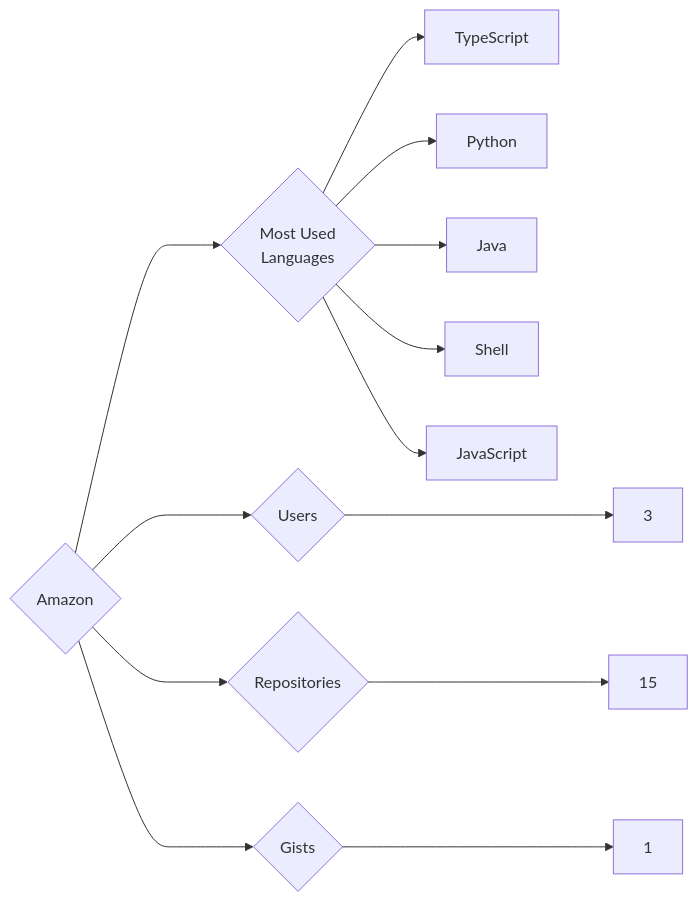
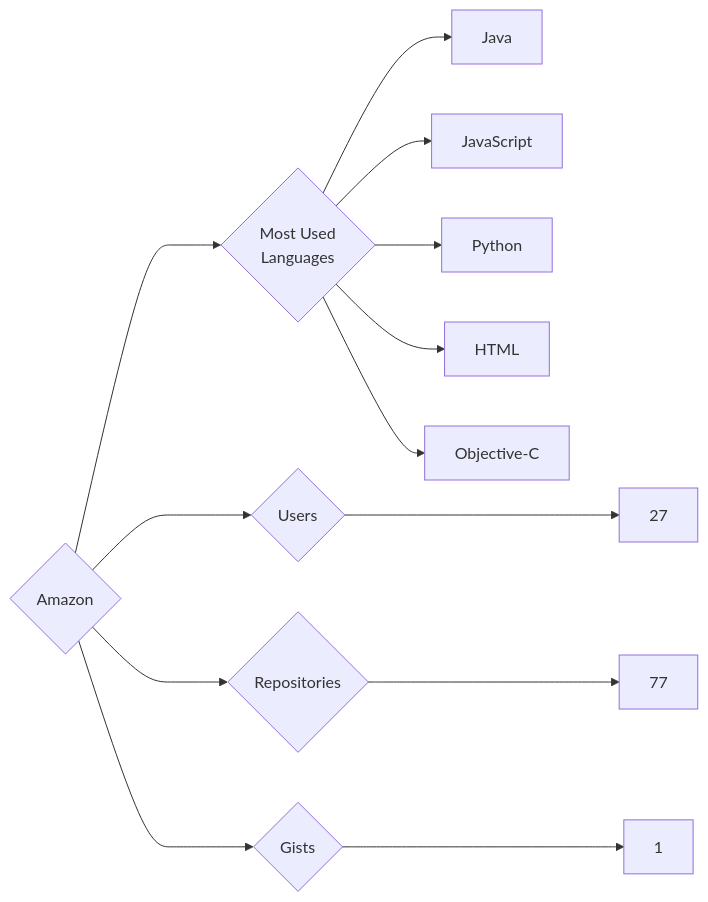
One commit to trickest/insiders changed the diagram in targets/Amazon/README.md. Above: the diagram before and after it, drawn with Mermaid. The commit also changed 748 other files, not shown here.

````diff
--- a/targets/Amazon/README.md
+++ b/targets/Amazon/README.md
@@ -3,13 +3,13 @@
 ```mermaid
 graph LR
 COMPANY_NAME{Amazon}
-COMPANY_NAME ---> U{Users} ---> UN[3]
-COMPANY_NAME ---> R{Repositories} ---> RN[15]
+COMPANY_NAME ---> U{Users} ---> UN[27]
+COMPANY_NAME ---> R{Repositories} ---> RN[77]
 COMPANY_NAME ---> G{Gists} ---> GN[1]
 COMPANY_NAME ---> ML{Most Used<br>Languages}
-ML --> TypeScript[TypeScript]
+ML --> Java[Java]
+ML --> JavaScript[JavaScript]
 ML --> Python[Python]
-ML --> Java[Java]
-ML --> Shell[Shell]
-ML --> JavaScript[JavaScript]
+ML --> HTML[HTML]
+ML --> Objective-C[Objective-C]
 ```
````
